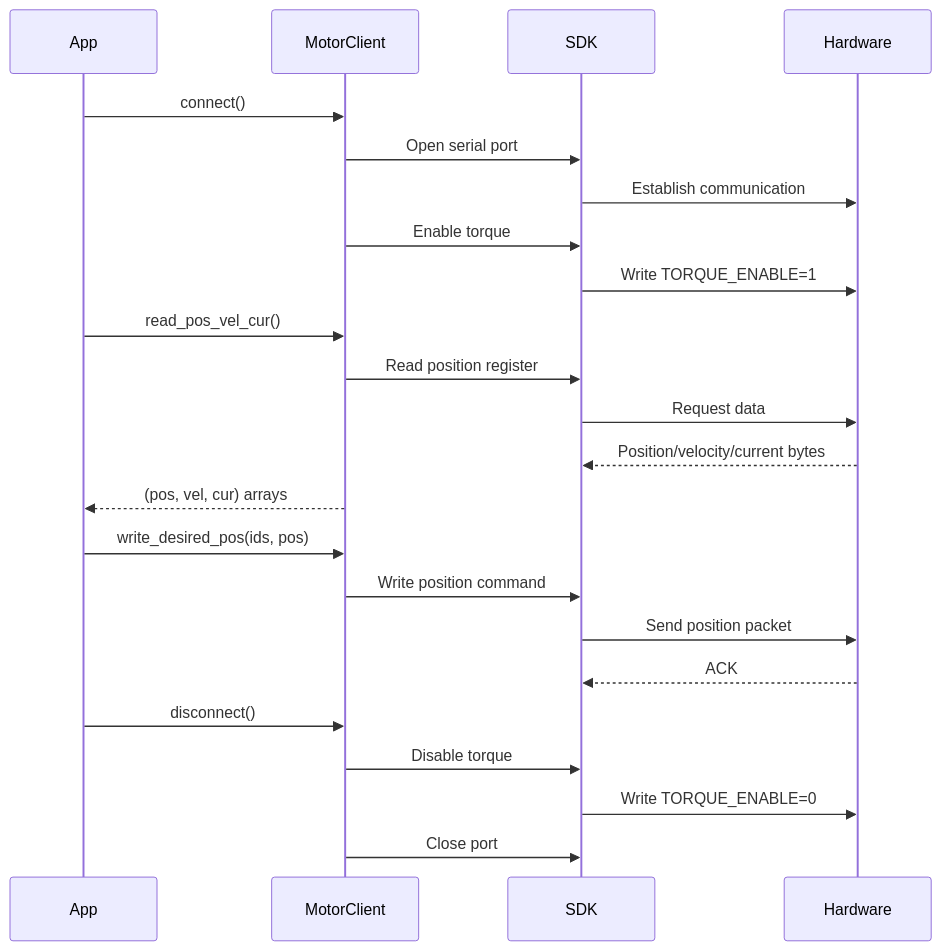
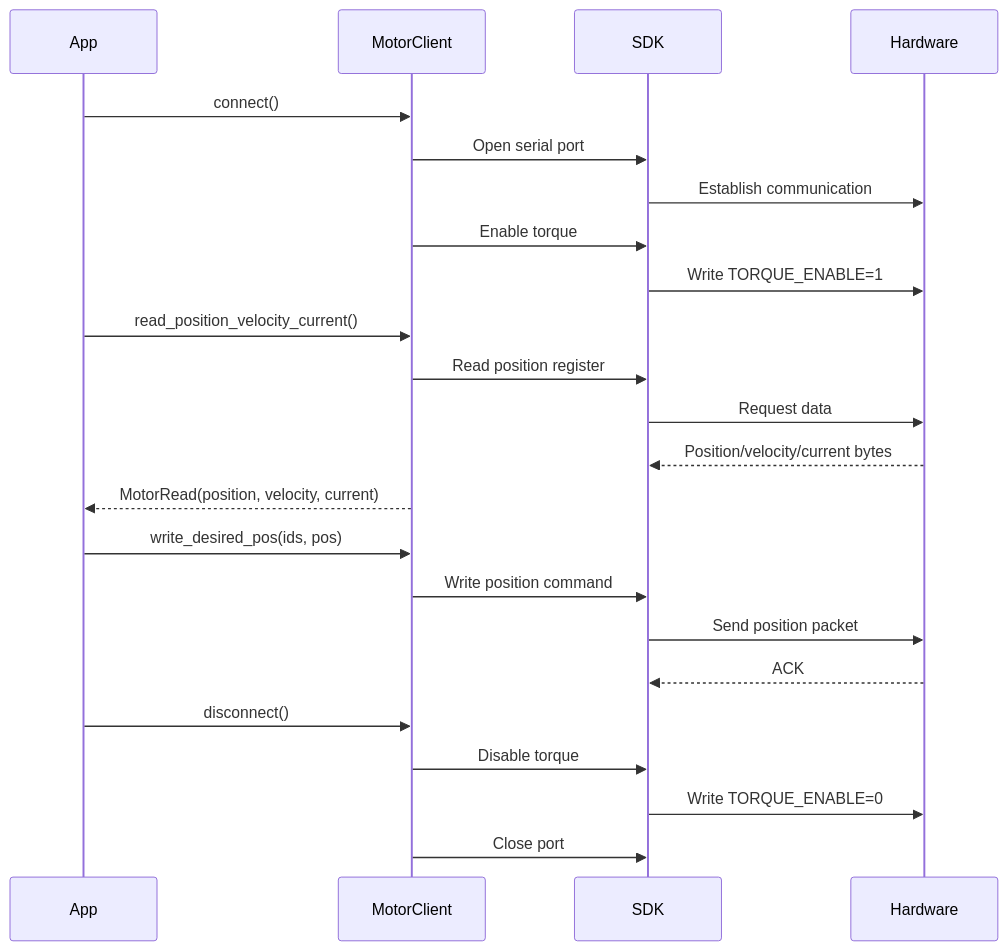
One commit to orcahand/orca_core changed the second of 2 diagrams in docs/pages/orca-core-docs/motor-client-api.md. Above: the diagram before and after it, drawn with Mermaid. The commit also changed other lines of this file and 9 other files, not shown here.

````diff
--- a/docs/pages/orca-core-docs/motor-client-api.md
+++ b/docs/pages/orca-core-docs/motor-client-api.md
@@ -435,29 +437,29 @@
 ```mermaid
 sequenceDiagram
     participant App
     participant MotorClient
     participant SDK
     participant Hardware
 
     App->>MotorClient: connect()
     MotorClient->>SDK: Open serial port
     SDK->>Hardware: Establish communication
     MotorClient->>SDK: Enable torque
     SDK->>Hardware: Write TORQUE_ENABLE=1
 
-    App->>MotorClient: read_pos_vel_cur()
+    App->>MotorClient: read_position_velocity_current()
     MotorClient->>SDK: Read position register
     SDK->>Hardware: Request data
     Hardware-->>SDK: Position/velocity/current bytes
-    MotorClient-->>App: (pos, vel, cur) arrays
+    MotorClient-->>App: MotorRead(position, velocity, current)
 
     App->>MotorClient: write_desired_pos(ids, pos)
     MotorClient->>SDK: Write position command
     SDK->>Hardware: Send position packet
     Hardware-->>SDK: ACK
 
     App->>MotorClient: disconnect()
     MotorClient->>SDK: Disable torque
     SDK->>Hardware: Write TORQUE_ENABLE=0
     MotorClient->>SDK: Close port
 ```
````
